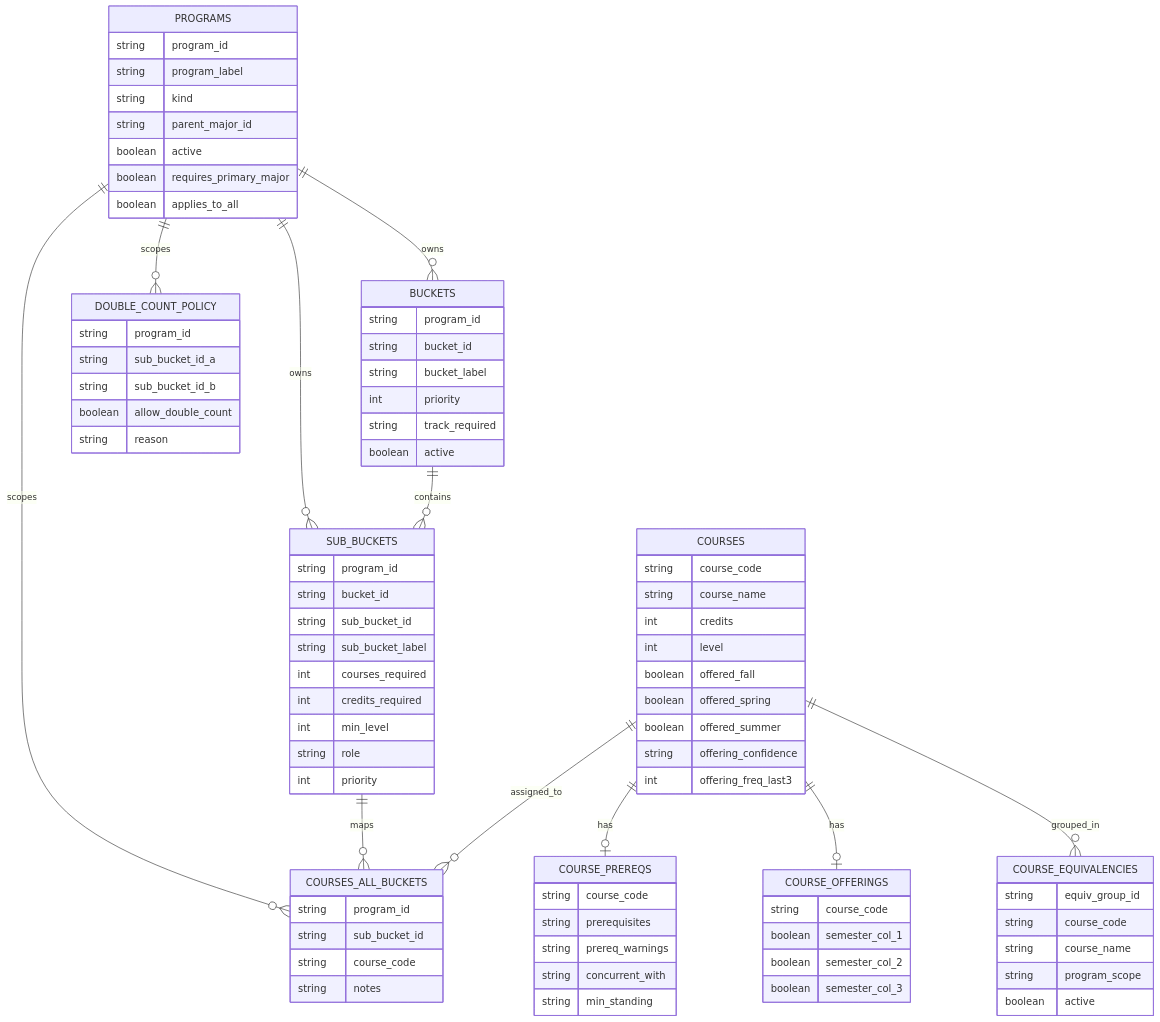
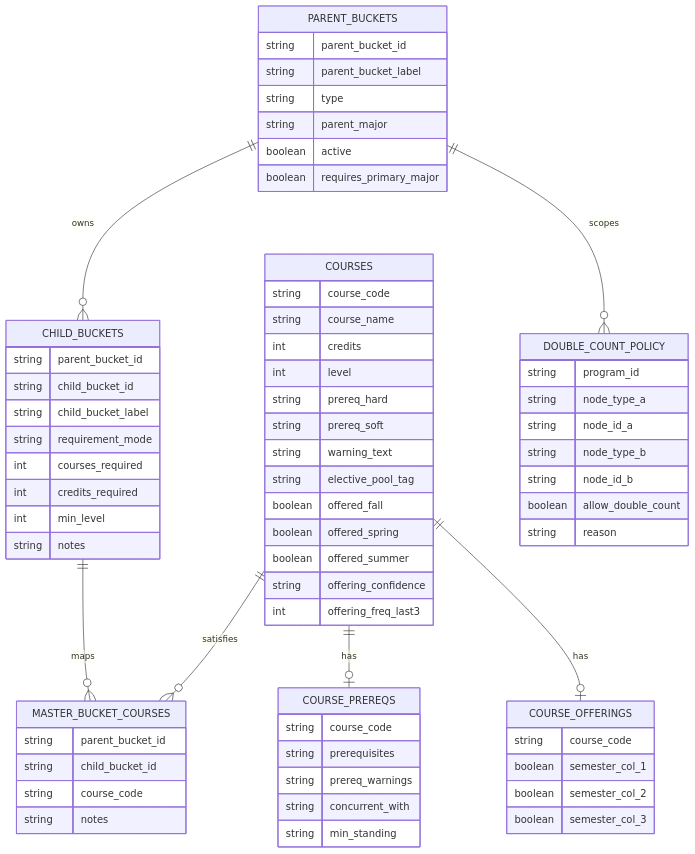
Before and after one commit to markiengo/marqbot: the first of 2 diagrams in docs/data_model.md, drawn with Mermaid. The commit also changed other lines of this file and 4 other files, not shown here.

Commit message:
docs: refresh model and recommender architecture guides for v1.7.11

````diff
--- a/docs/data_model.md
+++ b/docs/data_model.md
@@ -4,51 +4,35 @@
 ```mermaid
 erDiagram
-    PROGRAMS ||--o{ BUCKETS : owns
-    PROGRAMS ||--o{ SUB_BUCKETS : owns
-    PROGRAMS ||--o{ COURSES_ALL_BUCKETS : scopes
-    PROGRAMS ||--o{ DOUBLE_COUNT_POLICY : scopes
-
-    BUCKETS ||--o{ SUB_BUCKETS : contains
-    SUB_BUCKETS ||--o{ COURSES_ALL_BUCKETS : maps
-    COURSES ||--o{ COURSES_ALL_BUCKETS : assigned_to
+    PARENT_BUCKETS ||--o{ CHILD_BUCKETS : owns
+    CHILD_BUCKETS ||--o{ MASTER_BUCKET_COURSES : maps
+    COURSES ||--o{ MASTER_BUCKET_COURSES : satisfies
     COURSES ||--o| COURSE_PREREQS : has
     COURSES ||--o| COURSE_OFFERINGS : has
-    COURSES ||--o{ COURSE_EQUIVALENCIES : grouped_in
+    PARENT_BUCKETS ||--o{ DOUBLE_COUNT_POLICY : scopes
 
-    PROGRAMS {
-        string program_id
-        string program_label
-        string kind
-        string parent_major_id
+    PARENT_BUCKETS {
+        string parent_bucket_id
+        string parent_bucket_label
+        string type
+        string parent_major
         boolean active
         boolean requires_primary_major
-        boolean applies_to_all
     }
 
-    BUCKETS {
-        string program_id
-        string bucket_id
-        string bucket_label
-        int priority
-        string track_required
-        boolean active
-    }
-
-    SUB_BUCKETS {
-        string program_id
-        string bucket_id
-        string sub_bucket_id
-        string sub_bucket_label
+    CHILD_BUCKETS {
+        string parent_bucket_id
+        string child_bucket_id
+        string child_bucket_label
+        string requirement_mode
         int courses_required
         int credits_required
         int min_level
-        string role
-        int priority
+        string notes
     }
 
-    COURSES_ALL_BUCKETS {
-        string program_id
-        string sub_bucket_id
+    MASTER_BUCKET_COURSES {
+        string parent_bucket_id
+        string child_bucket_id
         string course_code
         string notes
     }
@@ -58,6 +42,10 @@
         string course_name
         int credits
         int level
+        string prereq_hard
+        string prereq_soft
+        string warning_text
+        string elective_pool_tag
         boolean offered_fall
         boolean offered_spring
         boolean offered_summer
@@ -80,18 +68,12 @@
         boolean semester_col_3
     }
 
-    COURSE_EQUIVALENCIES {
-        string equiv_group_id
-        string course_code
-        string course_name
-        string program_scope
-        boolean active
-    }
-
     DOUBLE_COUNT_POLICY {
         string program_id
-        string sub_bucket_id_a
-        string sub_bucket_id_b
+        string node_type_a
+        string node_id_a
+        string node_type_b
+        string node_id_b
         boolean allow_double_count
         string reason
     }
````
